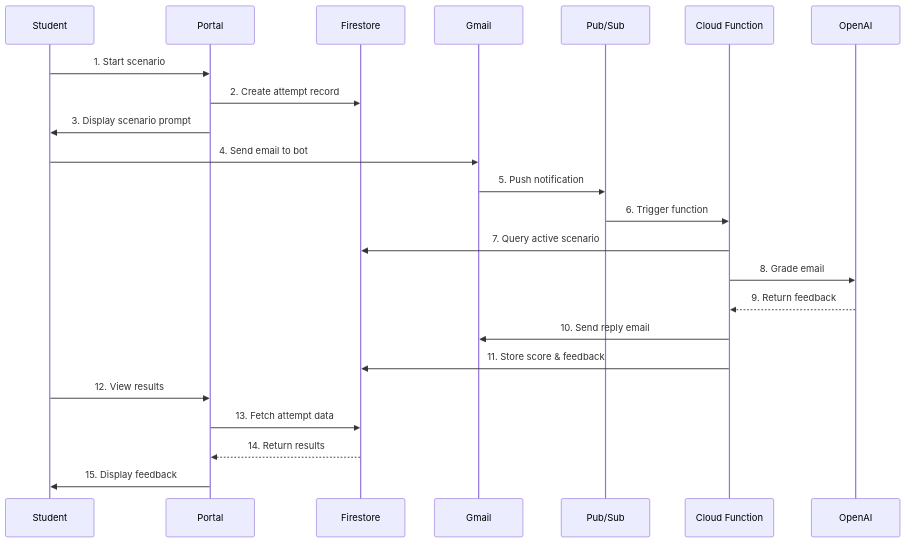
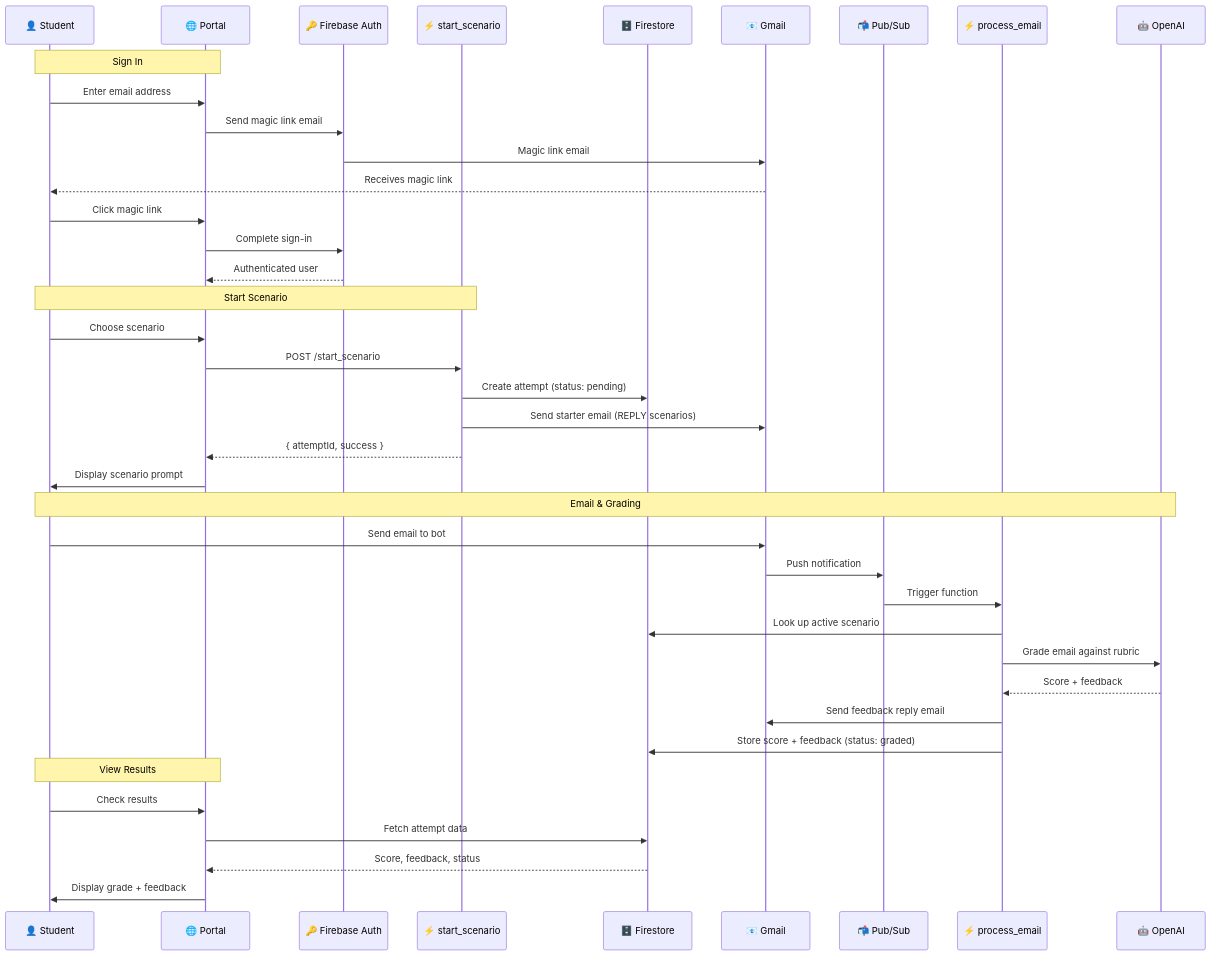
One commit to pathway-email-bot/pebservice changed the second of 2 diagrams in readme.md. Above: the diagram before and after it, drawn with Mermaid. The commit also changed other lines of this file, not shown here.

Commit message:
docs: update readme diagrams with complete student journey
- System architecture now shows both cloud functions, Firebase Auth, and all connections
- Replaced generic 'Data Flow' with 'Student Journey (End-to-End)' showing
  magic link sign-in, start_scenario endpoint, email+grading, and results
- Diagrams now accurately reflect current architecture (start_scenario creates
  attempts, not portal directly)

````diff
--- a/readme.md
+++ b/readme.md
@@ -69,26 +76,45 @@
 ```mermaid
 sequenceDiagram
-    participant S as Student
-    participant P as Portal
-    participant F as Firestore
-    participant G as Gmail
-    participant PS as Pub/Sub
-    participant CF as Cloud Function
-    participant AI as OpenAI
+    participant S as 👤 Student
+    participant P as 🌐 Portal
+    participant FA as 🔑 Firebase Auth
+    participant SF as ⚡ start_scenario
+    participant F as 🗄️ Firestore
+    participant G as 📧 Gmail
+    participant PS as 📬 Pub/Sub
+    participant PE as ⚡ process_email
+    participant AI as 🤖 OpenAI
 
-    S->>P: 1. Start scenario
-    P->>F: 2. Create attempt record
-    P->>S: 3. Display scenario prompt
-    S->>G: 4. Send email to bot
-    G->>PS: 5. Push notification
-    PS->>CF: 6. Trigger function
-    CF->>F: 7. Query active scenario
-    CF->>AI: 8. Grade email
-    AI-->>CF: 9. Return feedback
-    CF->>G: 10. Send reply email
-    CF->>F: 11. Store score & feedback
-    S->>P: 12. View results
-    P->>F: 13. Fetch attempt data
-    F-->>P: 14. Return results
-    P->>S: 15. Display feedback
+    Note over S,P: Sign In
+    S->>P: Enter email address
+    P->>FA: Send magic link email
+    FA->>G: Magic link email
+    G-->>S: Receives magic link
+    S->>P: Click magic link
+    P->>FA: Complete sign-in
+    FA-->>P: Authenticated user
+
+    Note over S,SF: Start Scenario
+    S->>P: Choose scenario
+    P->>SF: POST /start_scenario
+    SF->>F: Create attempt (status: pending)
+    SF->>G: Send starter email (REPLY scenarios)
+    SF-->>P: { attemptId, success }
+    P->>S: Display scenario prompt
+
+    Note over S,AI: Email & Grading
+    S->>G: Send email to bot
+    G->>PS: Push notification
+    PS->>PE: Trigger function
+    PE->>F: Look up active scenario
+    PE->>AI: Grade email against rubric
+    AI-->>PE: Score + feedback
+    PE->>G: Send feedback reply email
+    PE->>F: Store score + feedback (status: graded)
+
+    Note over S,P: View Results
+    S->>P: Check results
+    P->>F: Fetch attempt data
+    F-->>P: Score, feedback, status
+    P->>S: Display grade + feedback
 ```
````
